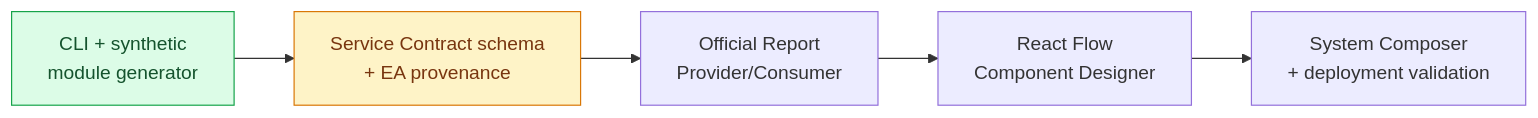
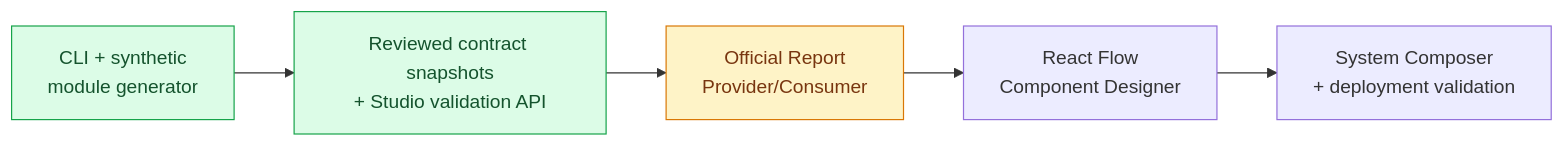
Before and after one commit to rydolabs/umaa-kit: the fifth of 5 diagrams in README.md, drawn with Mermaid. The commit also changed other lines of this file, not shown here.

Commit message:
docs(readme): publish visual-first landing page with SVG diagrams and accurate merged feature status

````diff
--- a/README.md
+++ b/README.md
@@ -253,9 +261,10 @@
-~~~mermaid
+```mermaid
 flowchart LR
-    A["CLI + synthetic<br/>module generator"] --> B["Service Contract schema<br/>+ EA provenance"]
+    A["CLI + synthetic<br/>module generator"] --> B["Reviewed contract snapshots<br/>+ Studio validation API"]
     B --> C["Official Report<br/>Provider/Consumer"]
     C --> D["React Flow<br/>Component Designer"]
     D --> E["System Composer<br/>+ deployment validation"]
     style A fill:#dcfce7,color:#14532d,stroke:#16a34a
-    style B fill:#fef3c7,color:#78350f,stroke:#d97706
-~~~
+    style B fill:#dcfce7,color:#14532d,stroke:#16a34a
+    style C fill:#fef3c7,color:#78350f,stroke:#d97706
+```
````
